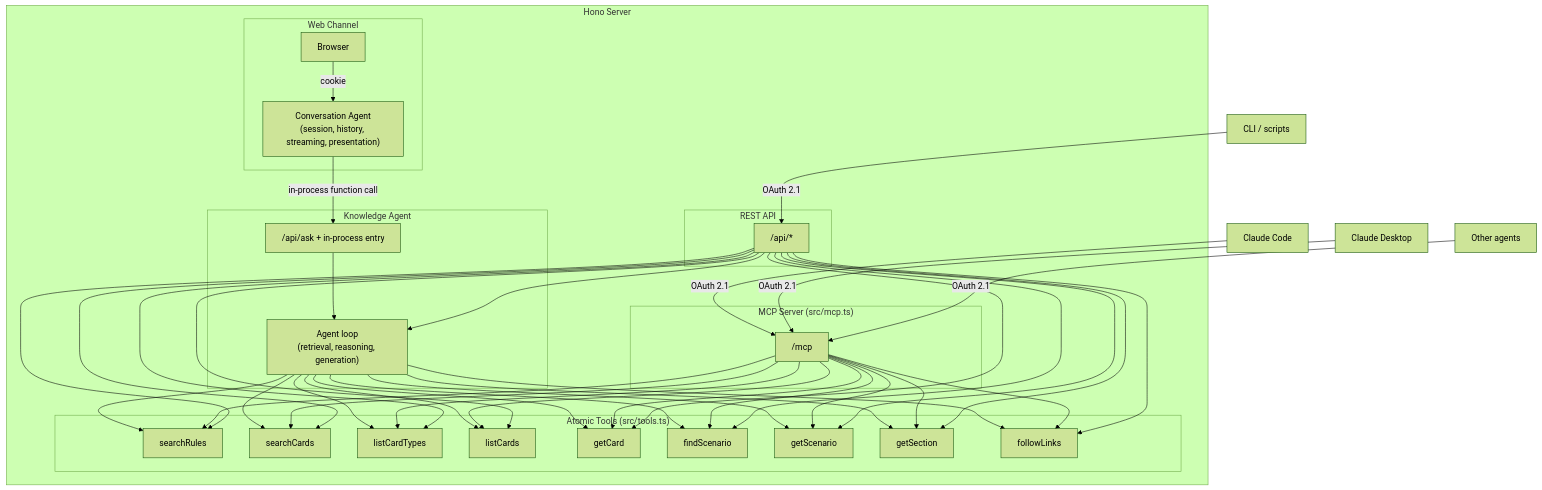
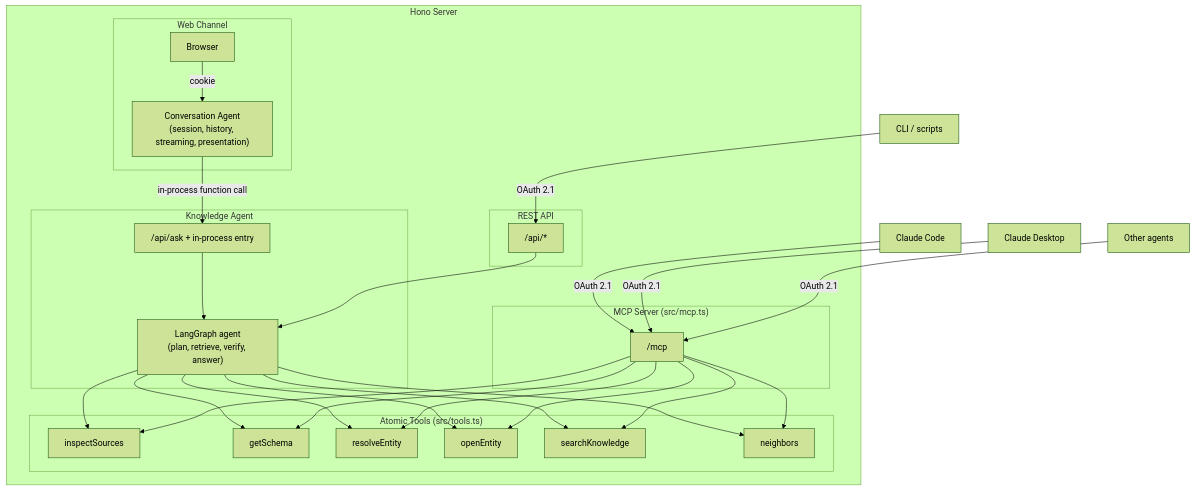
One commit to maz-org/squire changed the first of 2 diagrams in docs/ARCHITECTURE.md. Above: the diagram before and after it, drawn with Mermaid (forest theme). The commit also changed other lines of this file and 75 other files, not shown here.

First line of the commit message:
SQR-225: Move Squire agent runtime and evals to LangSmith

````diff
--- a/docs/ARCHITECTURE.md
+++ b/docs/ARCHITECTURE.md
@@ -456,42 +458,38 @@
 ```mermaid
 graph TB
     subgraph hono["Hono Server"]
         subgraph webchannel["Web Channel"]
             browser["Browser"]
             conv["Conversation Agent<br/>(session, history, streaming, presentation)"]
             browser -->|cookie| conv
         end
         subgraph knowledge["Knowledge Agent"]
             ask["/api/ask + in-process entry"]
-            agentloop["Agent loop<br/>(retrieval, reasoning, generation)"]
+            agentloop["LangGraph agent<br/>(plan, retrieve, verify, answer)"]
             ask --> agentloop
         end
         subgraph tools["Atomic Tools (src/tools.ts)"]
-            t1["searchRules"]
-            t2["searchCards"]
-            t3["listCardTypes"]
-            t4["listCards"]
-            t5["getCard"]
-            t6["findScenario"]
-            t7["getScenario"]
-            t8["getSection"]
-            t9["followLinks"]
+            t1["inspectSources"]
+            t2["getSchema"]
+            t3["resolveEntity"]
+            t4["openEntity"]
+            t5["searchKnowledge"]
+            t6["neighbors"]
         end
         subgraph mcp["MCP Server (src/mcp.ts)"]
             mcpep["/mcp"]
         end
         subgraph rest["REST API"]
             restep["/api/*"]
         end
         conv -->|in-process function call| ask
-        agentloop --> t1 & t2 & t3 & t4 & t5 & t6 & t7 & t8 & t9
-        mcpep --> t1 & t2 & t3 & t4 & t5 & t6 & t7 & t8 & t9
+        agentloop --> t1 & t2 & t3 & t4 & t5 & t6
+        mcpep --> t1 & t2 & t3 & t4 & t5 & t6
         restep --> agentloop
-        restep --> t1 & t2 & t3 & t4 & t5 & t6 & t7 & t8 & t9
     end
 
     claudecode["Claude Code"] -->|OAuth 2.1| mcpep
     claudedesktop["Claude Desktop"] -->|OAuth 2.1| mcpep
     extagent["Other agents"] -->|OAuth 2.1| mcpep
     cli["CLI / scripts"] -->|OAuth 2.1| restep
 ```
````
